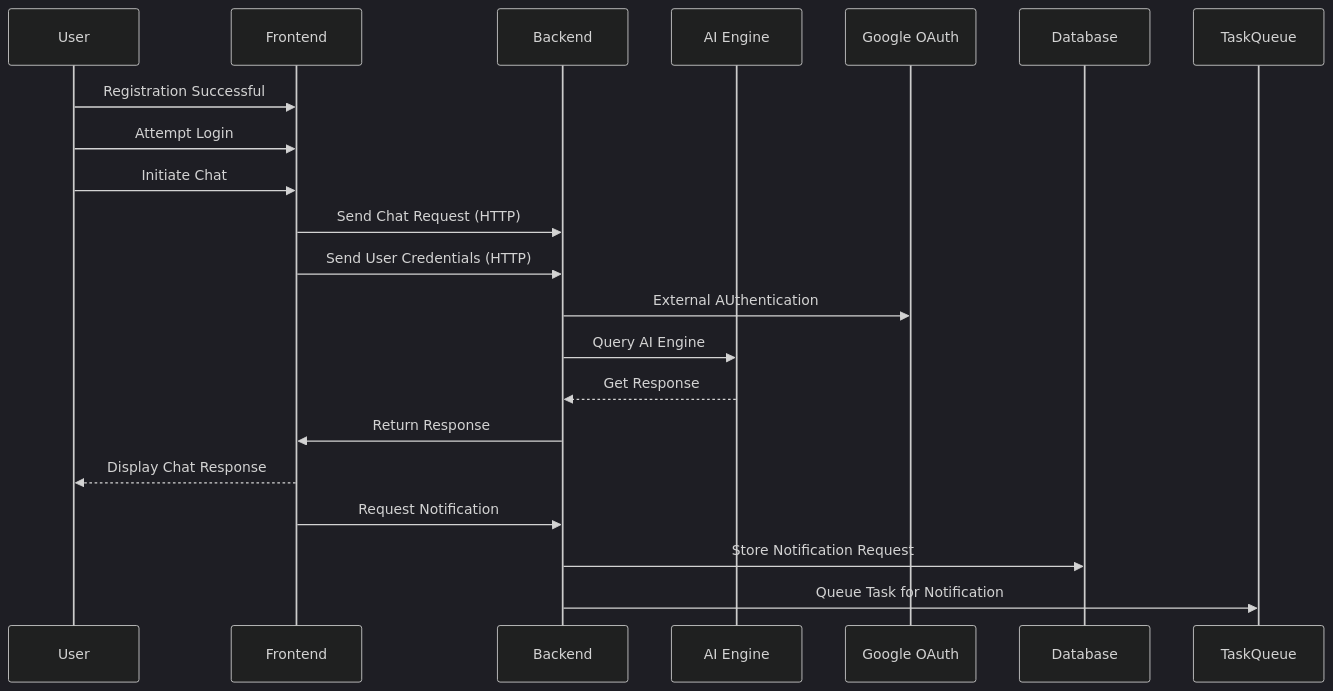
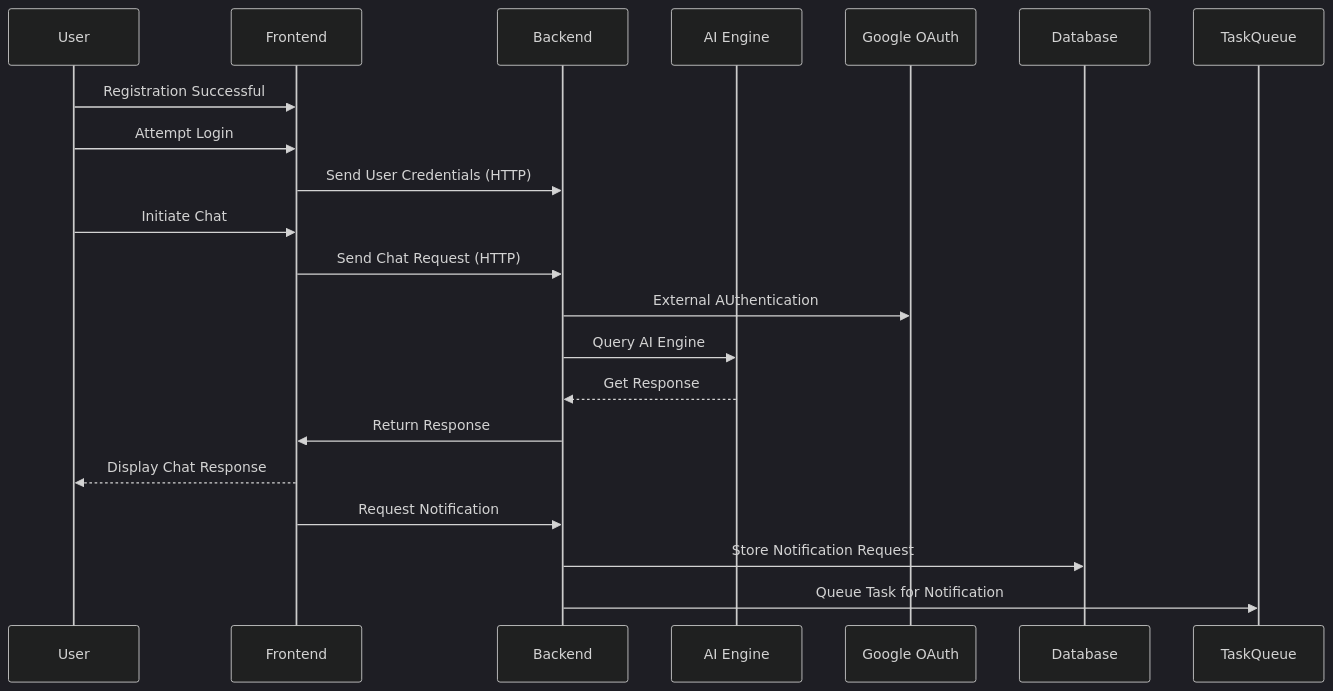
Before and after one commit to Joy-Ese/JayBank-Support-App: the second of 2 diagrams in mermaid.md, drawn with Mermaid (dark theme). The commit also changed other lines of this file, not shown here.

````diff
--- a/mermaid.md
+++ b/mermaid.md
@@ -23,25 +23,25 @@
 ``` mermaid
 sequenceDiagram
     participant U as User
     participant FE as Frontend
     participant BE as Backend
     participant AI as AI Engine
     participant JWT as Google OAuth
     participant DB as Database
     participant Q as TaskQueue
 
     U->>FE: Registration Successful
     U->>FE: Attempt Login
+    FE->>BE: Send User Credentials (HTTP)
     U->>FE: Initiate Chat
     FE->>BE: Send Chat Request (HTTP)
-    FE->>BE: Send User Credentials (HTTP)
     BE->>JWT: External AUthentication
     BE->>AI: Query AI Engine
     AI-->>BE: Get Response
     BE->>FE: Return Response
     FE-->>U: Display Chat Response
 
     FE->>BE: Request Notification
     BE->>DB: Store Notification Request
     BE->>Q: Queue Task for Notification
 ```
````
